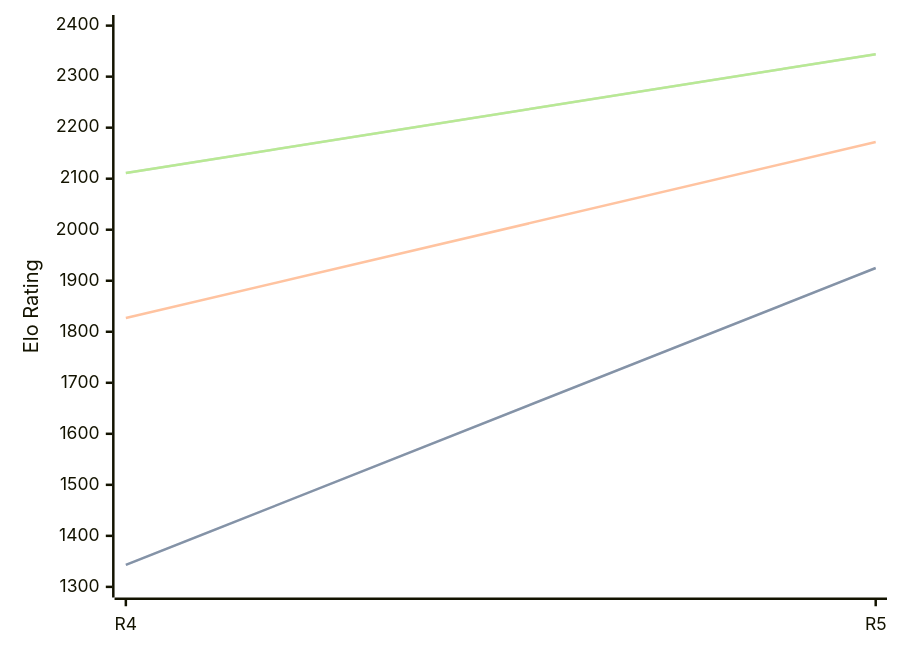
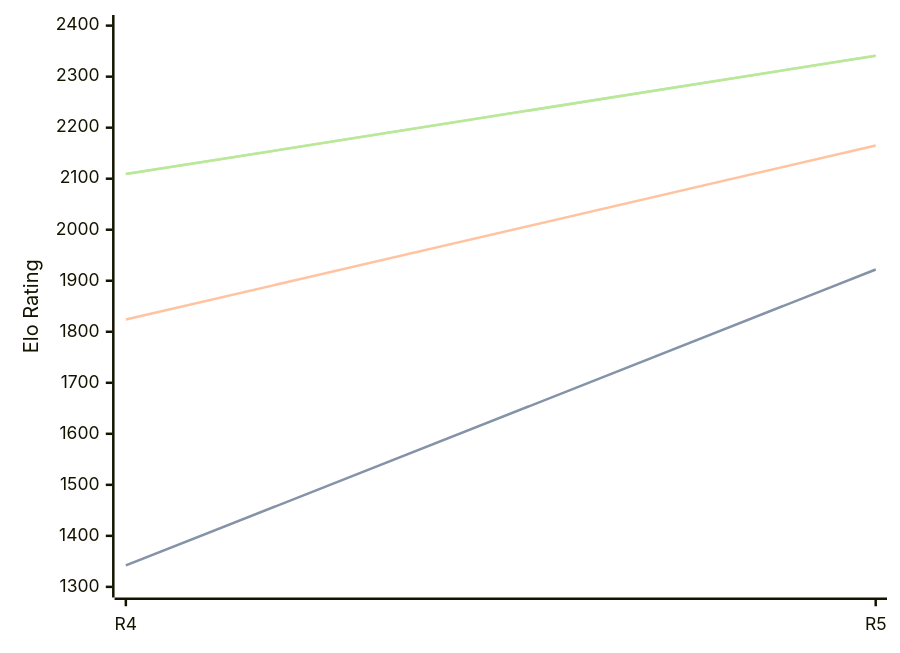
One commit to computer-chess-index/cci changed the diagram in engines/Viking.md. Above: the diagram before and after it, drawn with Mermaid. The commit also changed other lines of this file, not shown here.

Commit message:
Update CCI Ratings (ELO VLTC) - 2026-06-08

````diff
--- a/engines/Viking.md
+++ b/engines/Viking.md
@@ -35,11 +35,11 @@
 ```mermaid
 %%{init: {"theme":"base","themeVariables":{"seriesColors:['#a3a3a3','#222221','#faa371']}}}%%
 xychart-beta
   x-axis ["R4", "R5"]
   y-axis "Elo Rating" 1300 --> 2400
-  line "STC (8.0+0.08s)" [1343, 1925]
-  line "STC (8.0+0.08s)" [1343, 1925]
-  line "LTC (60.0+0.60s)" [1827, 2172]
-  line "VLTC (2m24s+1.12s)" [2111, 2344]
-  line "VLTC (2m24s+1.12s)" [2111, 2344]
+  line "STC (8.0+0.08s)" [1342, 1922]
+  line "STC (8.0+0.08s)" [1342, 1922]
+  line "LTC (60.0+0.60s)" [1824, 2165]
+  line "VLTC (2m24s+1.12s)" [2109, 2341]
+  line "VLTC (2m24s+1.12s)" [2109, 2341]
 ```
````
